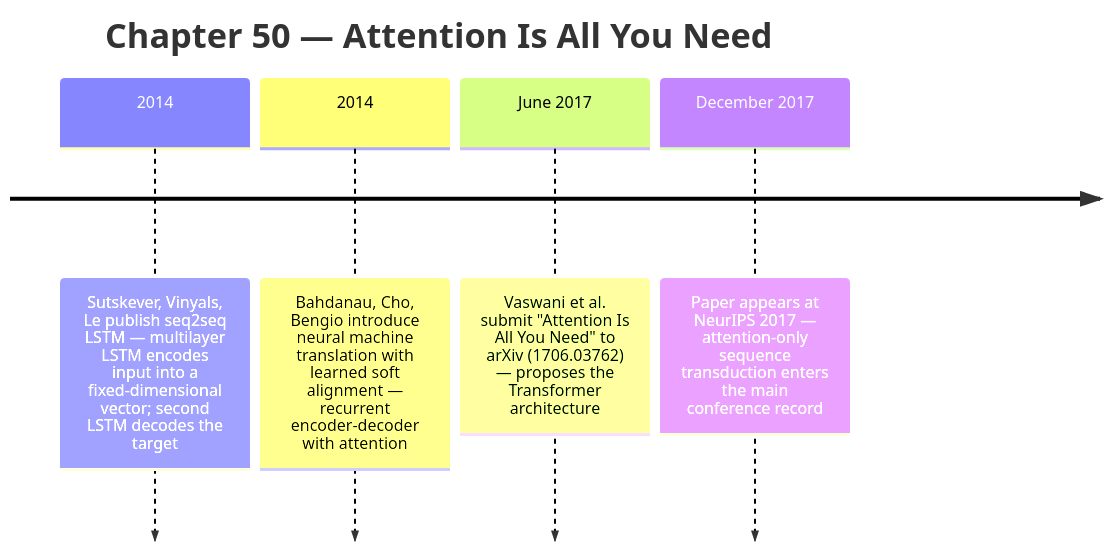
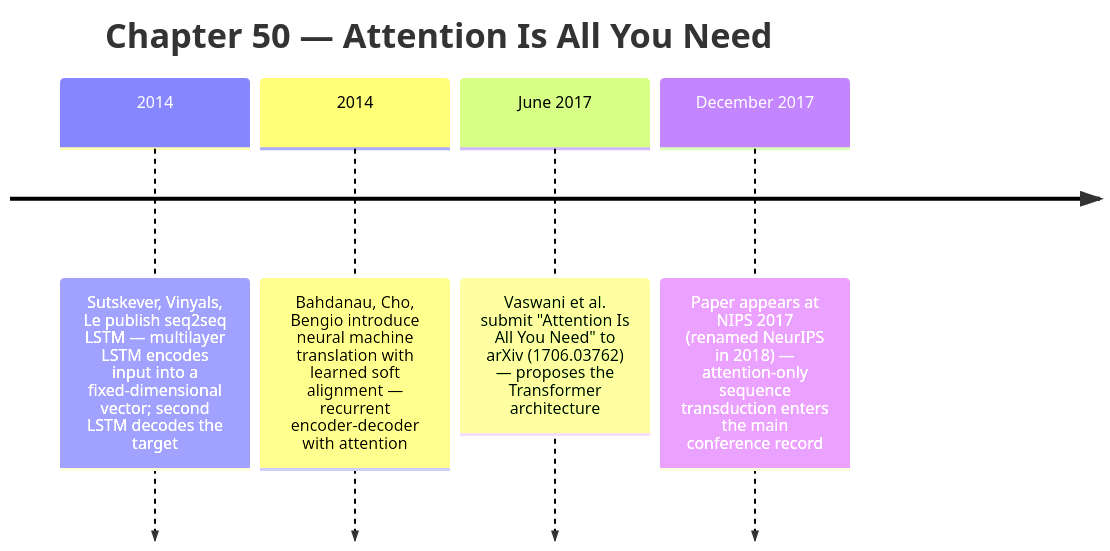
One commit to kube-dojo/kube-dojo changed the first of 2 diagrams in src/content/docs/ai-history/ch-50-attention-is-all-you-need.md. Above: the diagram before and after it, drawn with Mermaid. The commit also changed other lines of this file and 2 other files, not shown here.

First paragraph of the commit message:
docs(ai-history): Phase-2 precision refinements across ch-14/26/50 (#1876) (#2073)
Four precision/framing refinements surfaced by the #1876 Phase-1 cross-family
review (codex flags, each orchestrator-ground-checked):

````diff
--- a/src/content/docs/ai-history/ch-50-attention-is-all-you-need.md
+++ b/src/content/docs/ai-history/ch-50-attention-is-all-you-need.md
@@ -29,8 +29,8 @@
 ```mermaid
 timeline
     title Chapter 50 — Attention Is All You Need
     2014 : Sutskever, Vinyals, Le publish seq2seq LSTM — multilayer LSTM encodes input into a fixed-dimensional vector; second LSTM decodes the target
     2014 : Bahdanau, Cho, Bengio introduce neural machine translation with learned soft alignment — recurrent encoder-decoder with attention
     June 2017 : Vaswani et al. submit "Attention Is All You Need" to arXiv (1706.03762) — proposes the Transformer architecture
-    December 2017 : Paper appears at NeurIPS 2017 — attention-only sequence transduction enters the main conference record
+    December 2017 : Paper appears at NIPS 2017 (renamed NeurIPS in 2018) — attention-only sequence transduction enters the main conference record
 ```
````
